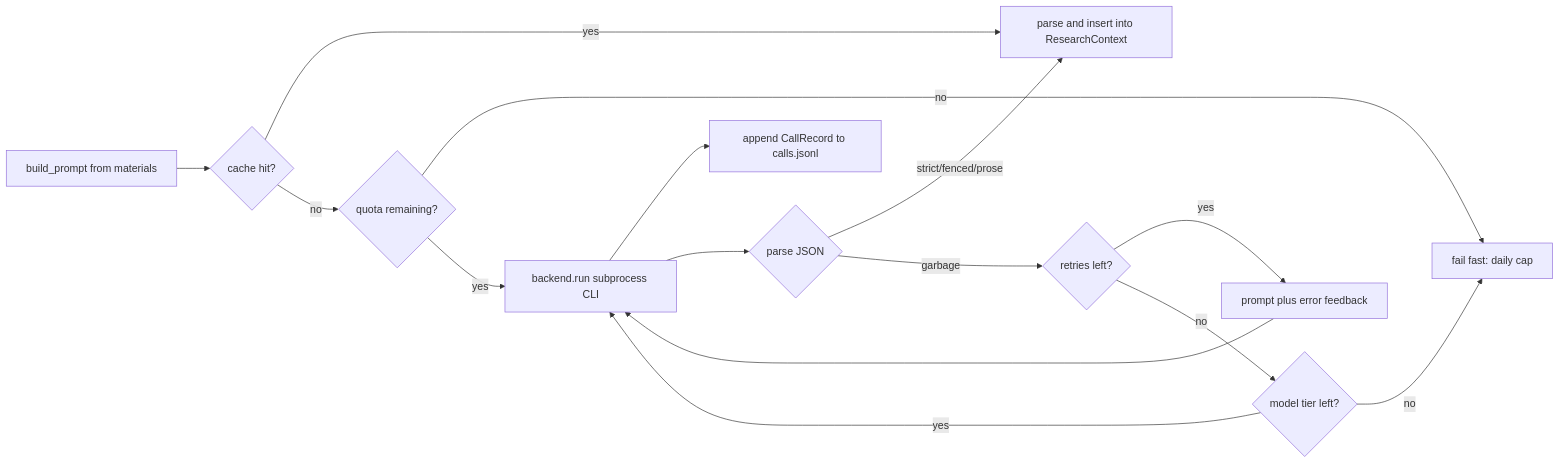
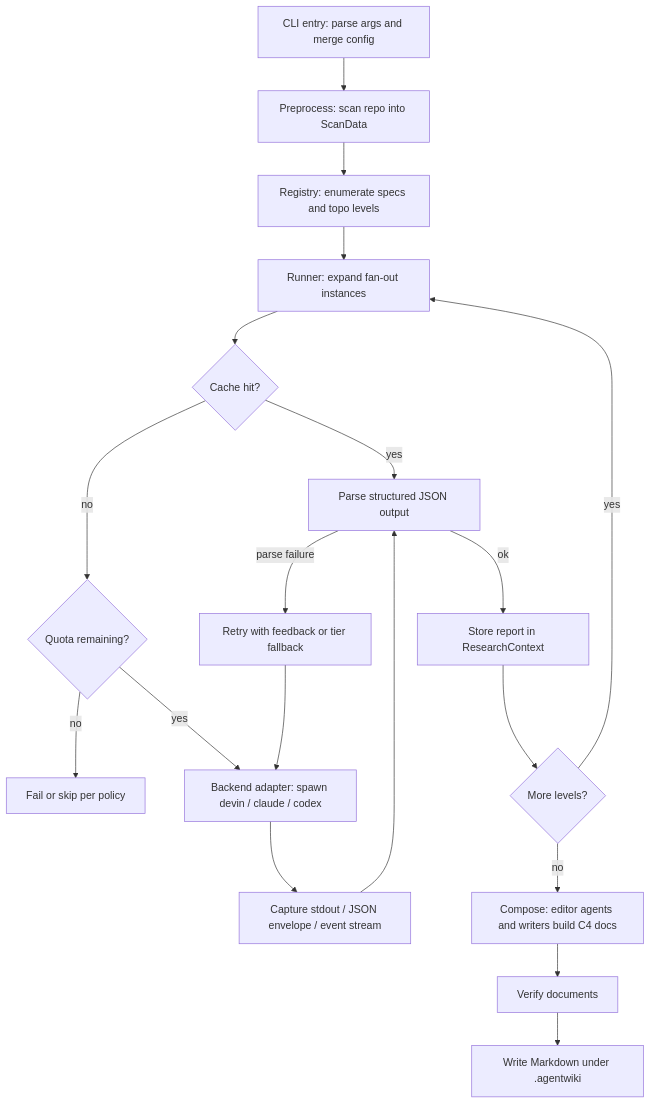
Before and after one commit to tidusvn05/agentwiki: the fifth of 8 diagrams in docs/en/2.Architecture.md, drawn with Mermaid. The commit also changed other lines of this file and 49 other files, not shown here.

````diff
--- a/docs/en/2.Architecture.md
+++ b/docs/en/2.Architecture.md
@@ -286,16 +283,21 @@
 ```mermaid
-flowchart LR
-    P[build_prompt from materials] --> C{cache hit?}
-    C -- yes --> OUT[parse and insert into ResearchContext]
-    C -- no --> Q{quota remaining?}
-    Q -- no --> FAIL[fail fast: daily cap]
-    Q -- yes --> B[backend.run subprocess CLI]
-    B --> REC[append CallRecord to calls.jsonl]
-    B --> PR{parse JSON}
-    PR -- strict/fenced/prose --> OUT
-    PR -- garbage --> RT{retries left?}
-    RT -- yes --> FB[prompt plus error feedback] --> B
-    RT -- no --> M{model tier left?}
-    M -- yes --> B
-    M -- no --> FAIL
+flowchart TD
+    A[CLI entry: parse args and merge config] --> B[Preprocess: scan repo into ScanData]
+    B --> C[Registry: enumerate specs and topo levels]
+    C --> D[Runner: expand fan-out instances]
+    D --> E{Cache hit?}
+    E -->|yes| H[Parse structured JSON output]
+    E -->|no| F{Quota remaining?}
+    F -->|no| F1[Fail or skip per policy]
+    F -->|yes| G[Backend adapter: spawn devin / claude / codex]
+    G --> G1[Capture stdout / JSON envelope / event stream]
+    G1 --> H
+    H -->|parse failure| I[Retry with feedback or tier fallback]
+    I --> G
+    H -->|ok| J[Store report in ResearchContext]
+    J --> K{More levels?}
+    K -->|yes| D
+    K -->|no| L[Compose: editor agents and writers build C4 docs]
+    L --> M[Verify documents]
+    M --> N[Write Markdown under .agentwiki]
 ```
````
